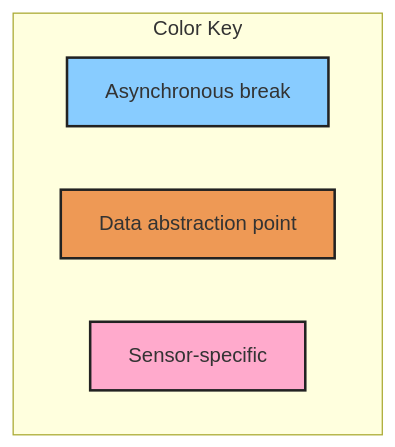
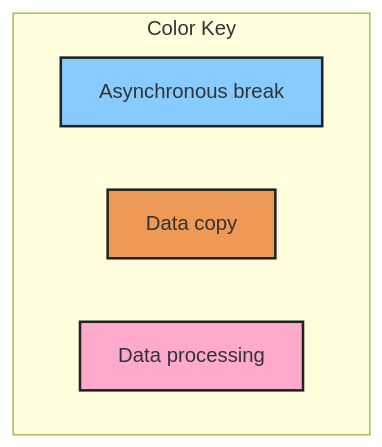
One commit to Manuvr/Digitabulum-Firmware changed the second of 4 diagrams in doc/NOTES.md. Above: the diagram before and after it, drawn with Mermaid. The commit also changed other lines of this file and 8 other files, not shown here.

````diff
--- a/doc/NOTES.md
+++ b/doc/NOTES.md
@@ -40,12 +40,12 @@
   ```{mermaid}
   graph TD
     subgraph Color Key
     key0[Asynchronous break]
-    key2[Data abstraction point]
-    key1[Sensor-specific]
+    key2[Data copy]
+    key1[Data processing]
     end
 
     style key0 fill:#8Cf,stroke:#222,stroke-width:2px;
     style key1 fill:#fac,stroke:#222,stroke-width:2px;
     style key2 fill:#e95,stroke:#222,stroke-width:2px;
   ```
````
